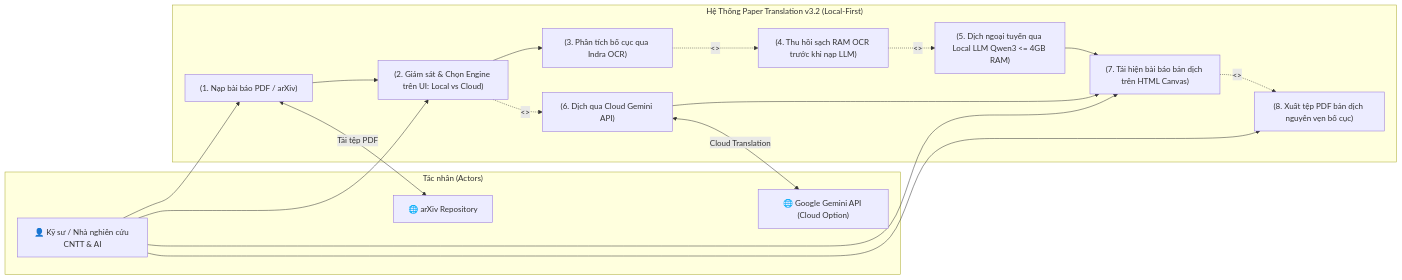
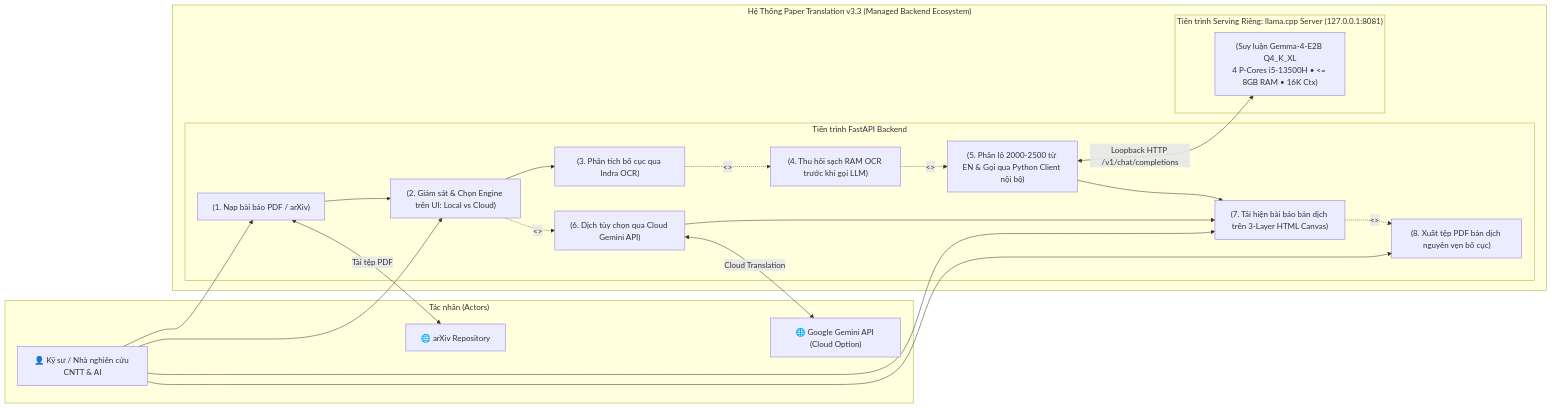
The first of 2 diagrams in docs/architecture/01-system-context.md (phamvantienkiz/paper-translation), drawn with Mermaid before and after one commit. The commit also changed other lines of this file and 26 other files, not shown here.

Commit message:
feat(llm): implement standalone llama.cpp server v3.3 and verify e2e cvpr pipeline

````diff
--- a/docs/architecture/01-system-context.md
+++ b/docs/architecture/01-system-context.md
@@ -41,35 +43,42 @@
 ```mermaid
 flowchart LR
     subgraph Actors ["Tác nhân (Actors)"]
         User["👤 Kỹ sư / Nhà nghiên cứu CNTT & AI"]
         GeminiAPI["🌐 Google Gemini API (Cloud Option)"]
         ArxivAPI["🌐 arXiv Repository"]
     end
 
-    subgraph SystemBoundary ["Hệ Thống Paper Translation v3.2 (Local-First)"]
-        UC1["(1. Nạp bài báo PDF / arXiv)"]
-        UC2["(2. Giám sát & Chọn Engine trên UI: Local vs Cloud)"]
-        UC3["(3. Phân tích bố cục qua Indra OCR)"]
-        UC4["(4. Thu hồi sạch RAM OCR trước khi nạp LLM)"]
-        UC5["(5. Dịch ngoại tuyến qua Local LLM Qwen3 <= 4GB RAM)"]
-        UC6["(6. Dịch qua Cloud Gemini API)"]
-        UC7["(7. Tái hiện bài báo bản dịch trên HTML Canvas)"]
-        UC8["(8. Xuất tệp PDF bản dịch nguyên vẹn bố cục)"]
+    subgraph SystemBoundary ["Hệ Thống Paper Translation v3.3 (Managed Backend Ecosystem)"]
+        subgraph FastAPIProcess ["Tiến trình FastAPI Backend"]
+            UC1["(1. Nạp bài báo PDF / arXiv)"]
+            UC2["(2. Giám sát & Chọn Engine trên UI: Local vs Cloud)"]
+            UC3["(3. Phân tích bố cục qua Indra OCR)"]
+            UC4["(4. Thu hồi sạch RAM OCR trước khi gọi LLM)"]
+            UC5["(5. Phân lô 2000-2500 từ EN & Gọi qua Python Client nội bộ)"]
+            UC6["(6. Dịch tùy chọn qua Cloud Gemini API)"]
+            UC7["(7. Tái hiện bài báo bản dịch trên 3-Layer HTML Canvas)"]
+            UC8["(8. Xuất tệp PDF bản dịch nguyên vẹn bố cục)"]
+        end
+
+        subgraph StandaloneLlamaService ["Tiến trình Serving Riêng: llama.cpp Server (127.0.0.1:8081)"]
+            UC5_Srv["(Suy luận Gemma-4-E2B Q4_K_XL<br>4 P-Cores i5-13500H • <= 8GB RAM • 16K Ctx)"]
+        end
 
         UC1 --> UC2
         UC2 --> UC3
         UC3 -.->|<<sequential mutex>>| UC4
-        UC4 -.->|<<release mem before load>>| UC5
+        UC4 -.->|<<start/ensure server>>| UC5
+        UC5 <-->|Loopback HTTP /v1/chat/completions| UC5_Srv
         UC2 -.->|<<tùy chọn>>| UC6
         UC5 --> UC7
         UC6 --> UC7
         UC7 -.->|<<extend>>| UC8
     end
 
     User --> UC1
     User --> UC2
     User --> UC7
     User --> UC8
     UC1 <-->|Tải tệp PDF| ArxivAPI
     UC6 <-->|Cloud Translation| GeminiAPI
 ```
````
